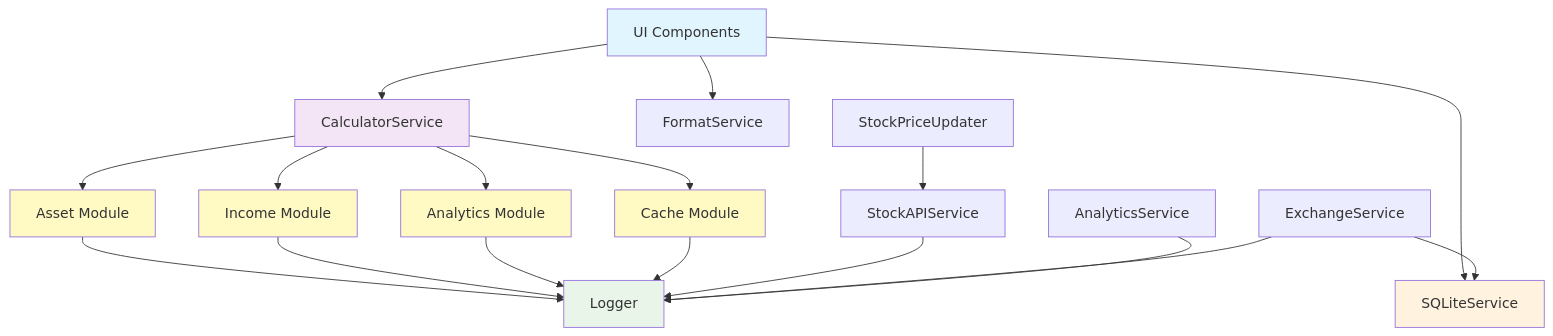
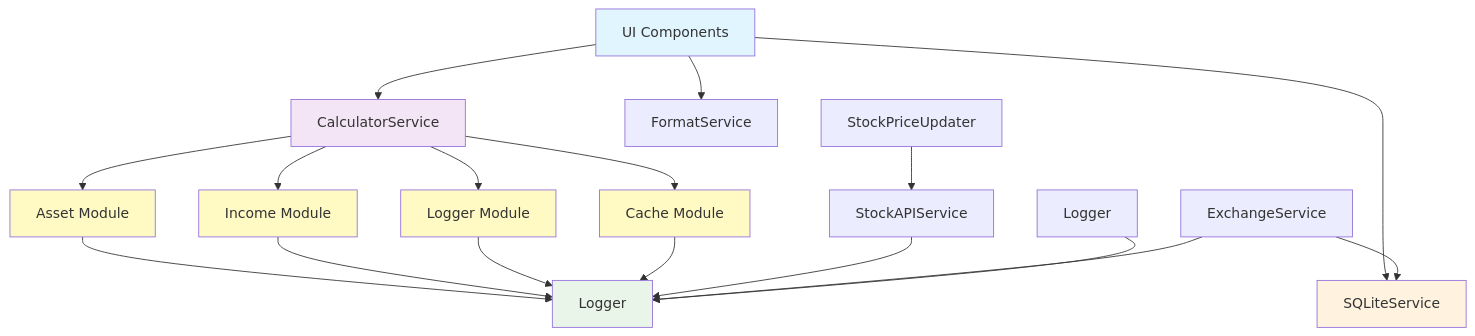
The second of 3 diagrams in src/service/README.md (ChristianScheub/Typescript_PassivIncomeCalculator), drawn with Mermaid before and after one commit. The commit also changed 27 other files, not shown here.

Commit message:
remove old analytics service and use istead the logger

````diff
--- a/src/service/README.md
+++ b/src/service/README.md
@@ -275,33 +275,33 @@
 ```mermaid
 flowchart TD
     A[UI Components] --> B[CalculatorService]
     A --> C[FormatService]
     A --> D[SQLiteService]
     
     B --> E[Asset Module]
     B --> F[Income Module]
-    B --> G[Analytics Module]
+    B --> G[Logger Module]
     B --> H[Cache Module]
     
     E --> I[Logger]
     F --> I
     G --> I
     H --> I
     
     J[StockPriceUpdater] --> K[StockAPIService]
     K --> I
     
     L[ExchangeService] --> D
     L --> I
     
-    M[AnalyticsService] --> I
+    M[Logger] --> I
     
     style A fill:#e1f5fe
     style B fill:#f3e5f5
     style D fill:#fff3e0
     style I fill:#e8f5e8
     style E fill:#fff9c4
     style F fill:#fff9c4
     style G fill:#fff9c4
     style H fill:#fff9c4
 ```
````
